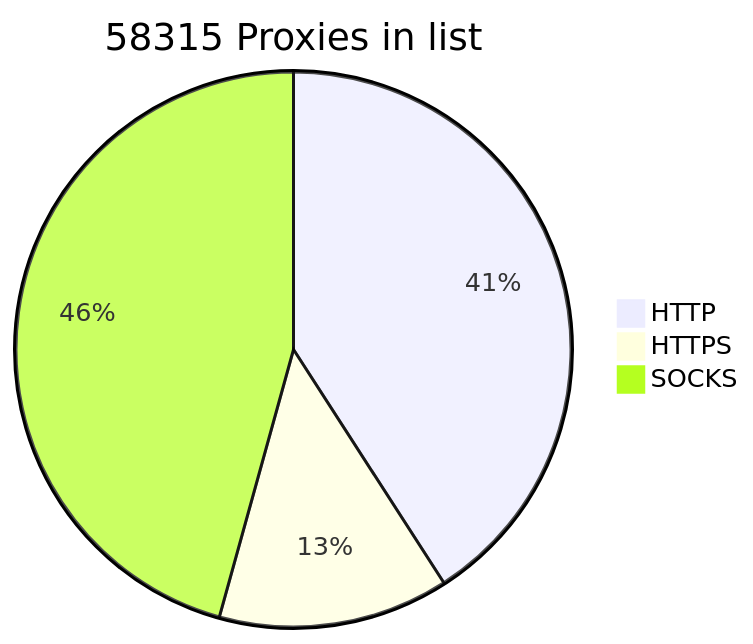
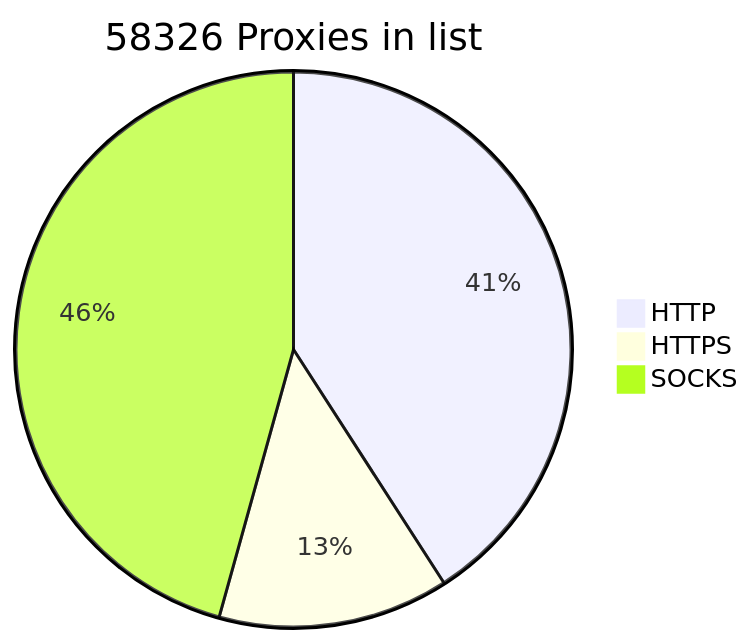
The diagram in README.md (BlackSnowDot/proxylist-update-every-minute), drawn with Mermaid before and after one commit.

````diff
--- a/README.md
+++ b/README.md
@@ -2,6 +2,6 @@
 ```mermaid
-pie title 58315 Proxies in list
-    "HTTP" : 26870
-    "HTTPS": 8816
+pie title 58326 Proxies in list
+    "HTTP" : 26875
+    "HTTPS": 8826
     "SOCKS" : 30028
 ```
````
